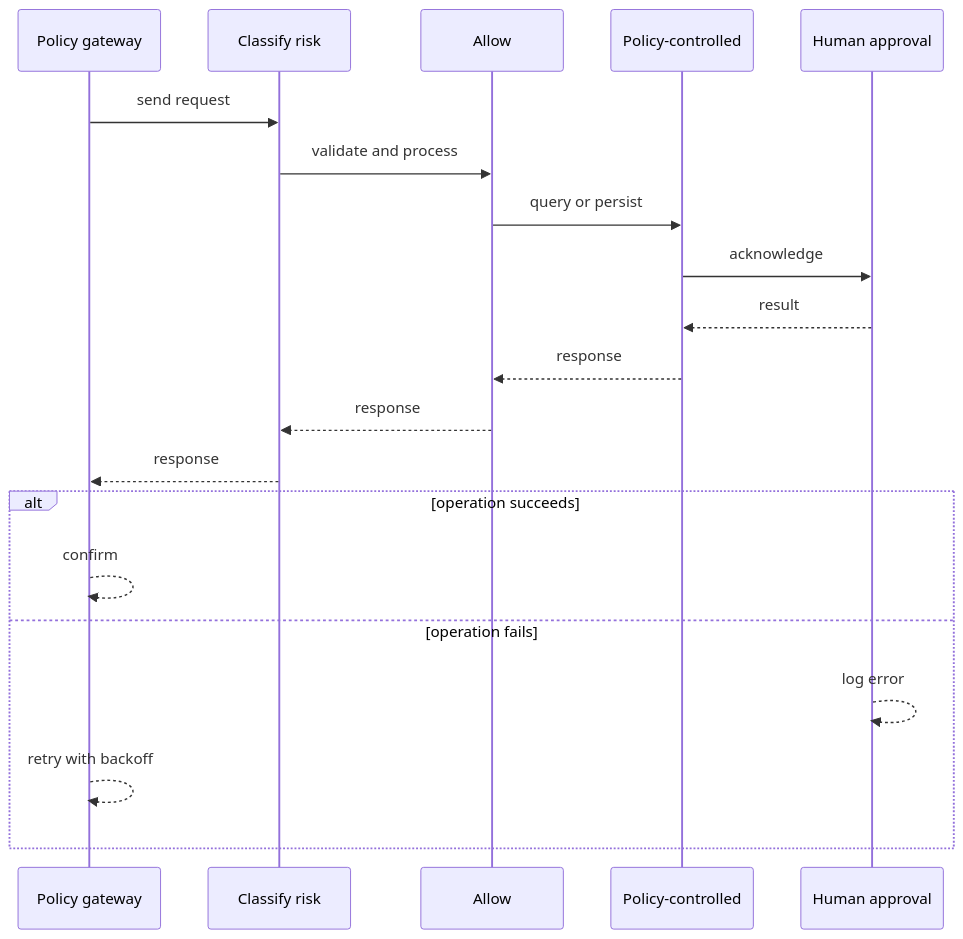
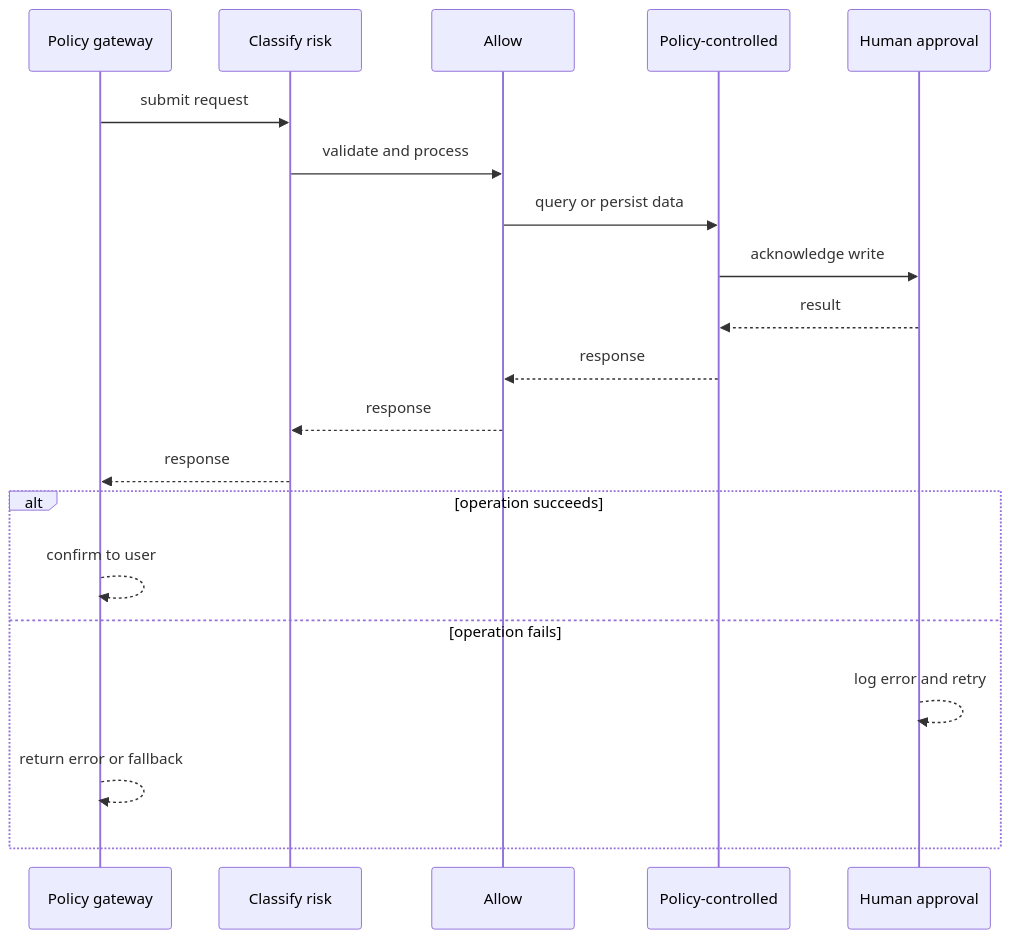
Before and after one commit to RIT-MESH/system-design-mastery: the second of 4 diagrams in case-studies/ai-systems/ai-safety-policy-gateway.md, drawn with Mermaid. The commit also changed other lines of this file and 127 other files, not shown here.

First line of the commit message:
Improve all case study diagrams: case-specific sequences, fix truncated labels

````diff
--- a/case-studies/ai-systems/ai-safety-policy-gateway.md
+++ b/case-studies/ai-systems/ai-safety-policy-gateway.md
@@ -78,23 +78,23 @@
 ```mermaid
 %% created-for: system-design-mastery
 sequenceDiagram
-  participant C0 as Policy gateway
-  participant C1 as Classify risk
-  participant C2 as Allow
-  participant C3 as Policy-controlled
-  participant C4 as Human approval
-  C0 ->> C1: send request
-  C1 ->> C2: validate and process
-  C2 ->> C3: query or persist
-  C3 ->> C4: acknowledge
-  C4 -->> C3: result
-  C3 -->> C2: response
-  C2 -->> C1: response
-  C1 -->> C0: response
+  participant P0 as Policy gateway
+  participant P1 as Classify risk
+  participant P2 as Allow
+  participant P3 as Policy-controlled
+  participant P4 as Human approval
+  P0 ->> P1: submit request
+  P1 ->> P2: validate and process
+  P2 ->> P3: query or persist data
+  P3 ->> P4: acknowledge write
+  P4 -->> P3: result
+  P3 -->> P2: response
+  P2 -->> P1: response
+  P1 -->> P0: response
   alt operation succeeds
-    C0 -->> C0: confirm
+    P0 -->> P0: confirm to user
   else operation fails
-    C4 -->> C4: log error
-    C0 -->> C0: retry with backoff
+    P4 -->> P4: log error and retry
+    P0 -->> P0: return error or fallback
   end
 ```
````
